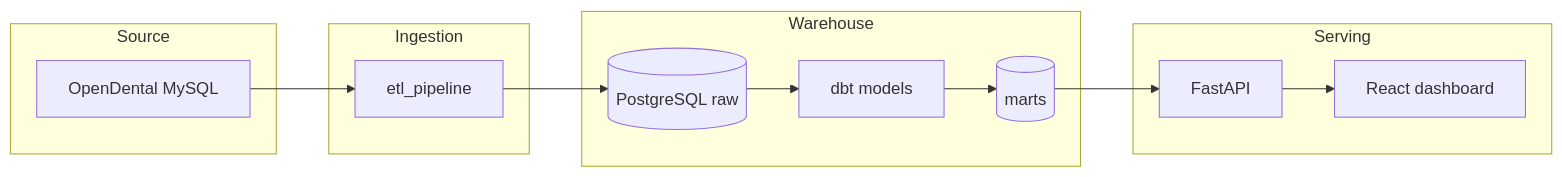
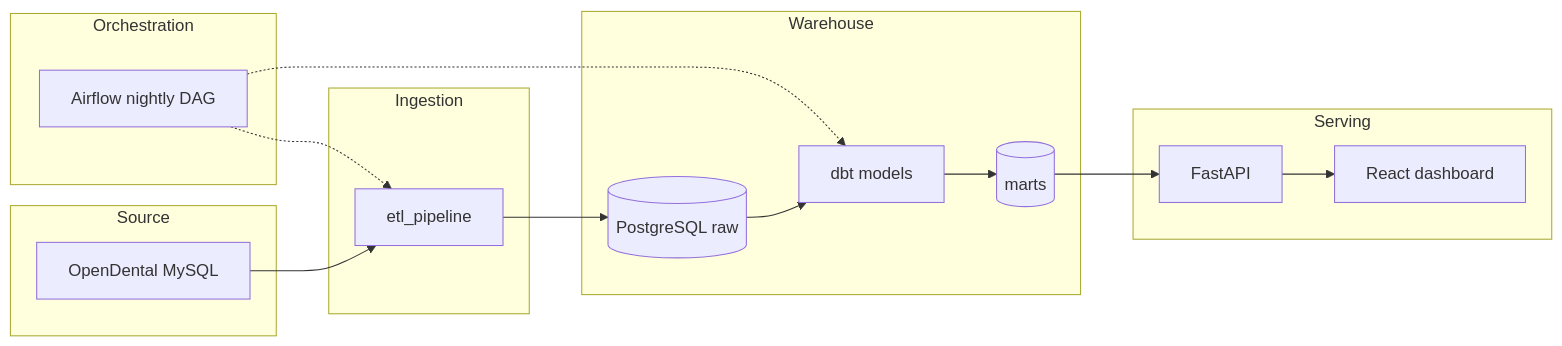
One commit to BenjaminRains/dbt_dental_clinic changed the diagram in README.md. Above: the diagram before and after it, drawn with Mermaid. The commit also changed other lines of this file and 38 other files, not shown here.

First line of the commit message:
feat(airflow): native Windows bootstrap and Phase A orchestration prep

````diff
--- a/README.md
+++ b/README.md
@@ -106,19 +145,24 @@
 ```mermaid
 flowchart LR
   subgraph Source
     OD[OpenDental MySQL]
+  end
+  subgraph Orchestration
+    AF[Airflow nightly DAG]
   end
   subgraph Ingestion
     ETL[etl_pipeline]
   end
   subgraph Warehouse
     RAW[(PostgreSQL raw)]
     DBT[dbt models]
     MARTS[(marts)]
   end
   subgraph Serving
     API[FastAPI]
     FE[React dashboard]
   end
+  AF -.-> ETL
+  AF -.-> DBT
   OD --> ETL --> RAW --> DBT --> MARTS --> API --> FE
 ```
````
